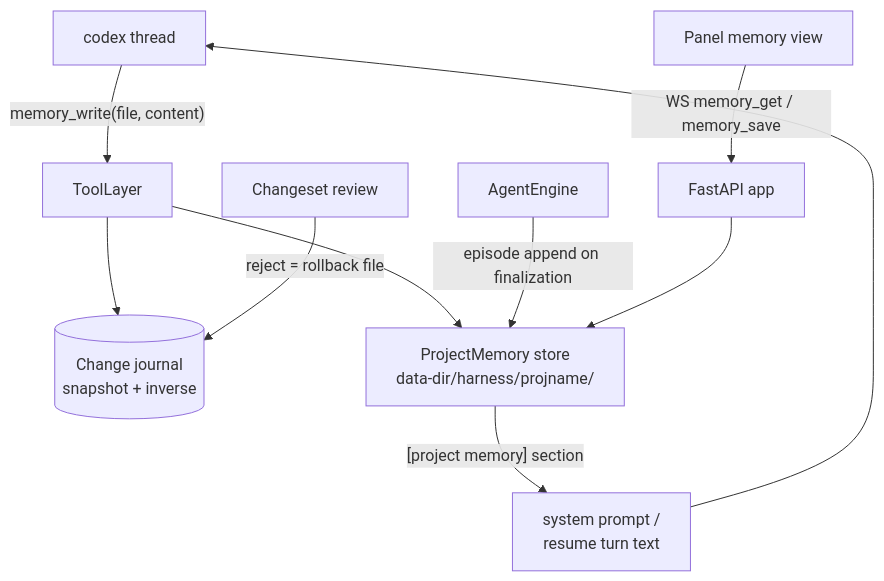
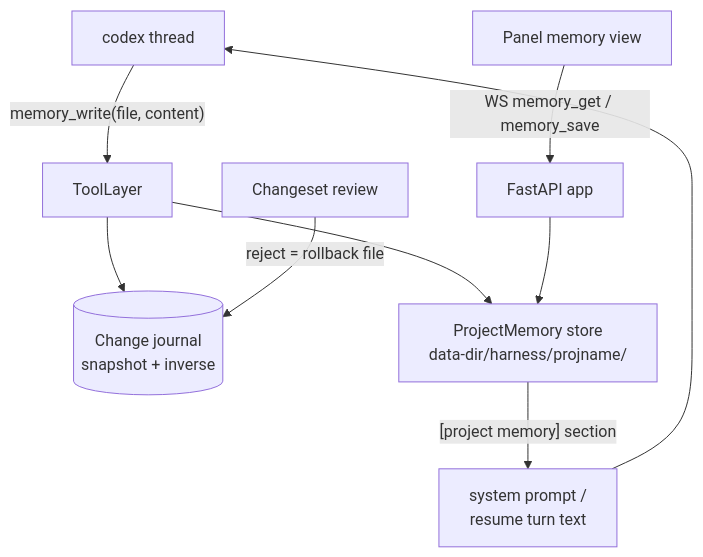
Before and after one commit to raravel/eud-agent: the first of 2 diagrams in hivemind/docs/features/07_project-memory.md, drawn with Mermaid. The commit also changed other lines of this file and 13 other files, not shown here.

````diff
--- a/hivemind/docs/features/07_project-memory.md
+++ b/hivemind/docs/features/07_project-memory.md
@@ -18,11 +18,10 @@
 ```mermaid
 graph TD
     Codex[codex thread] -- "memory_write(file, content)" --> Tools[ToolLayer]
     Tools --> Journal[(Change journal<br/>snapshot + inverse)]
     Tools --> Store[ProjectMemory store<br/>data-dir/harness/projname/]
     Store -- "[project memory] section" --> Prompt[system prompt /<br/>resume turn text]
     Prompt --> Codex
-    Engine[AgentEngine] -- "episode append on finalization" --> Store
     Panel[Panel memory view] -- "WS memory_get / memory_save" --> App[FastAPI app] --> Store
     Changeset[Changeset review] -- "reject = rollback file" --> Journal
 ```
````
